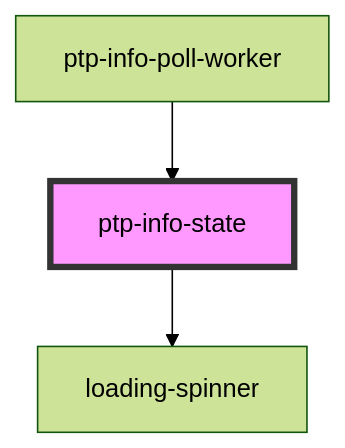
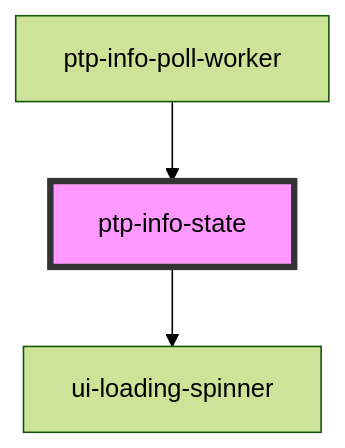
One commit to pizza-to-the-polls/power-the-polls changed the diagram in power-the-polls-form/src/components/ptp-info-state/readme.md. Above: the diagram before and after it, drawn with Mermaid (forest theme). The commit also changed other lines of this file and 26 other files, not shown here.

````diff
--- a/power-the-polls-form/src/components/ptp-info-state/readme.md
+++ b/power-the-polls-form/src/components/ptp-info-state/readme.md
@@ -26,6 +26,6 @@
 ```mermaid
 graph TD;
-  ptp-info-state --> loading-spinner
+  ptp-info-state --> ui-loading-spinner
   ptp-info-poll-worker --> ptp-info-state
   style ptp-info-state fill:#f9f,stroke:#333,stroke-width:4px
 ```
````
